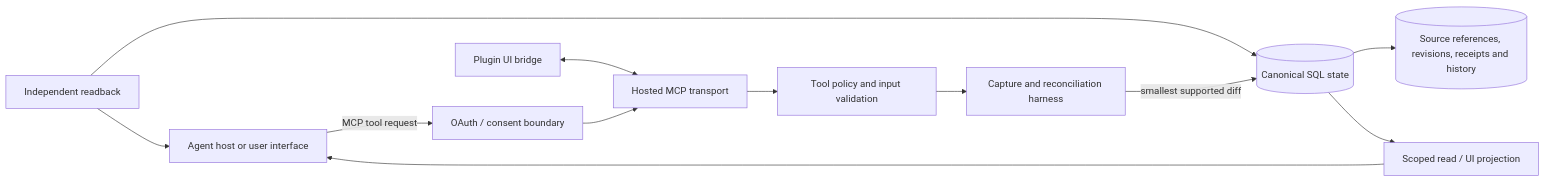
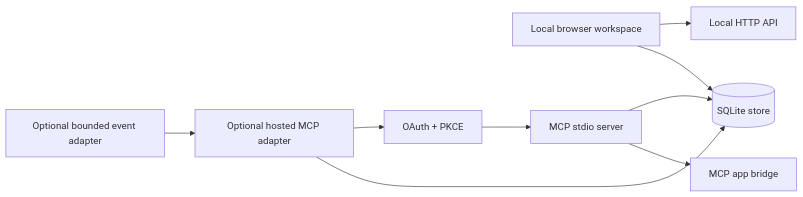
The diagram in README.md (namankumar/agent-infrastructure), drawn with Mermaid before and after one commit. The commit also changed other lines of this file and 50 other files, not shown here.

First line of the commit message:
feat: publish the original agent workspace and MCP infrastructure

````diff
--- a/README.md
+++ b/README.md
@@ -22,14 +9,11 @@
 ```mermaid
 flowchart LR
-    H[Agent host or user interface] -->|MCP tool request| A[OAuth / consent boundary]
-    A --> M[Hosted MCP transport]
-    U[Plugin UI bridge] <--> M
-    M --> P[Tool policy and input validation]
-    P --> C[Capture and reconciliation harness]
-    C -->|smallest supported diff| S[(Canonical SQL state)]
-    S --> E[(Source references, revisions, receipts and history)]
-    S --> R[Scoped read / UI projection]
-    R --> H
-    V[Independent readback] --> S
-    V --> H
+    UI[Local browser workspace] --> API[Local HTTP API]
+    MCP[MCP stdio server] --> Store[(SQLite store)]
+    UI --> Store
+    MCP --> UIApp[MCP app bridge]
+    Hosted[Optional hosted MCP adapter] --> Auth[OAuth + PKCE]
+    Auth --> MCP
+    Hosted --> Store
+    Events[Optional bounded event adapter] --> Hosted
 ```
````
